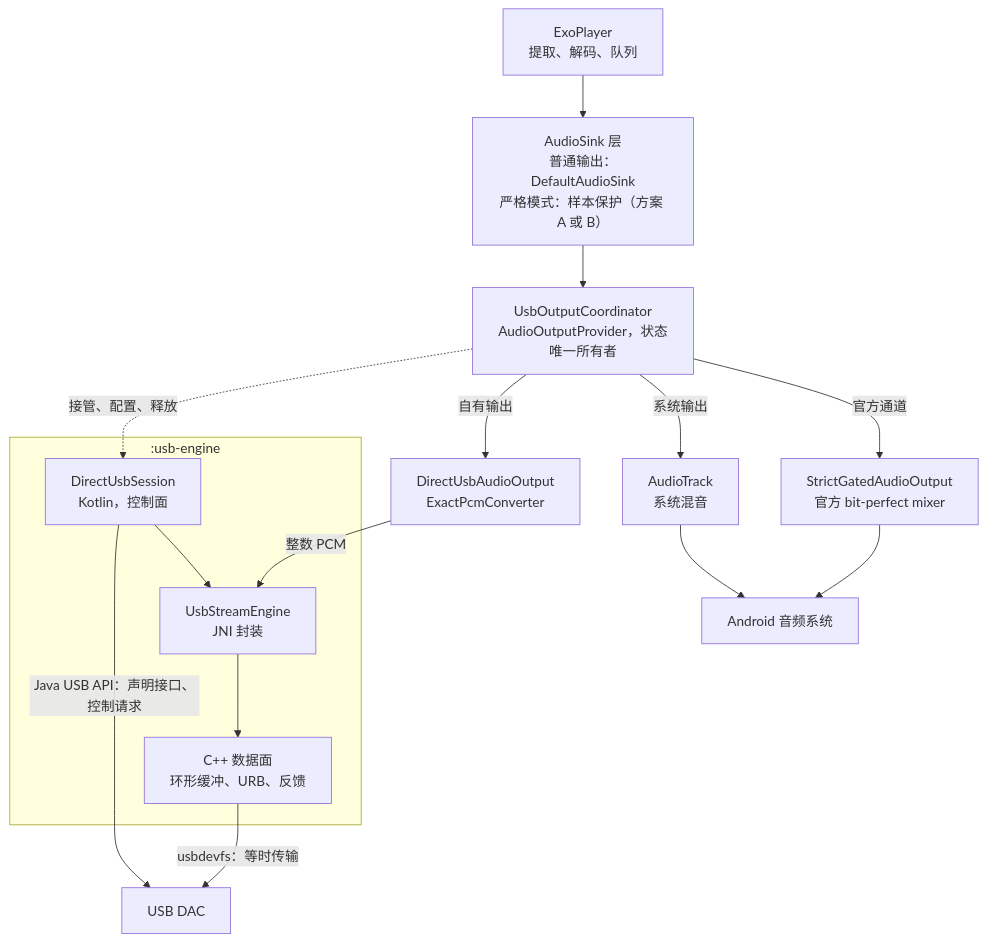
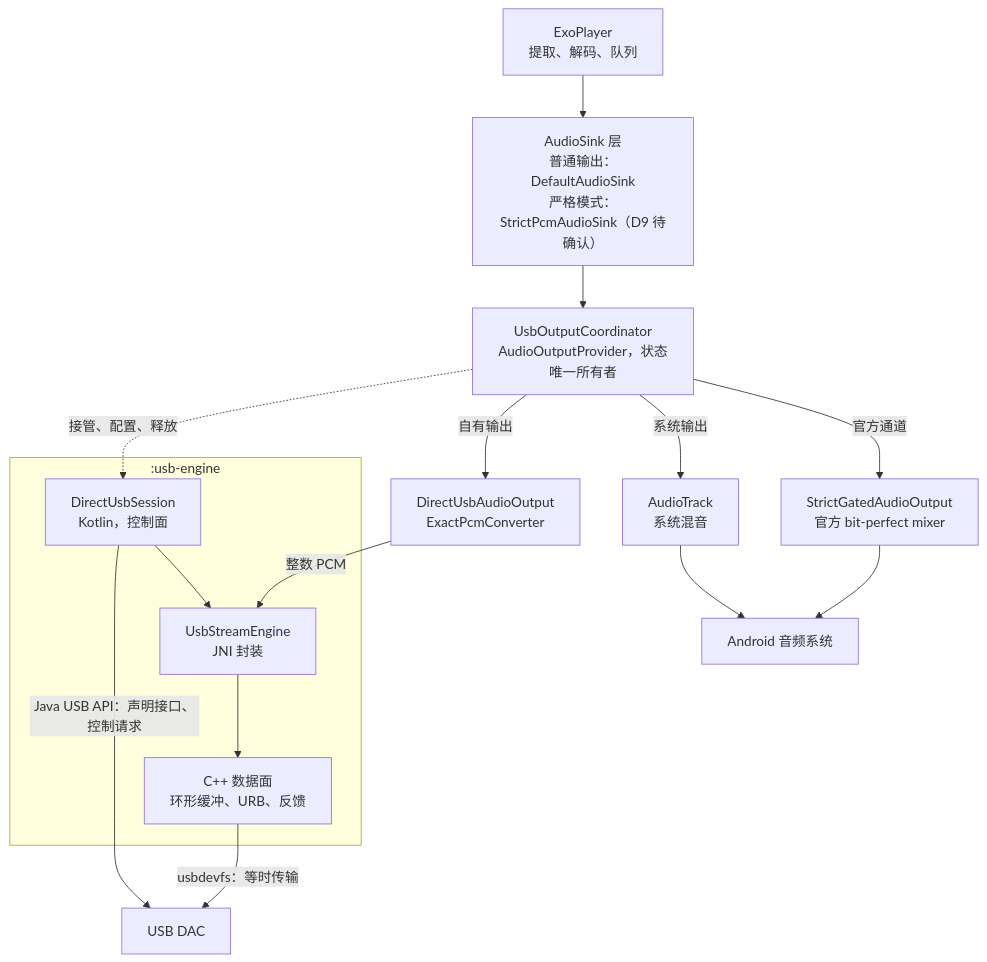
Before and after one commit to Sumire-no-kai/Vesqen: the first of 4 diagrams in docs/M7_USB_ARCHITECTURE.md, drawn with Mermaid. The commit also changed other lines of this file and 3 other files, not shown here.

First line of the commit message:
docs(m7): revise the USB architecture after the second review

````diff
--- a/docs/M7_USB_ARCHITECTURE.md
+++ b/docs/M7_USB_ARCHITECTURE.md
@@ -17,23 +17,23 @@
 ```mermaid
 flowchart TD
-    Player["ExoPlayer<br/>提取、解码、队列"] --> Guard["AudioSink 层<br/>普通输出：DefaultAudioSink<br/>严格模式：样本保护（方案 A 或 B）"]
+    Player["ExoPlayer<br/>提取、解码、队列"] --> Guard["AudioSink 层<br/>普通输出：DefaultAudioSink<br/>严格模式：StrictPcmAudioSink（D9 待确认）"]
     Guard --> Coordinator["UsbOutputCoordinator<br/>AudioOutputProvider，状态唯一所有者"]
     Coordinator -->|系统输出| Track["AudioTrack<br/>系统混音"]
     Coordinator -->|官方通道| Gated["StrictGatedAudioOutput<br/>官方 bit-perfect mixer"]
     Coordinator -->|自有输出| Direct["DirectUsbAudioOutput<br/>ExactPcmConverter"]
     Coordinator -.->|接管、配置、释放| Session
 
     subgraph Engine[":usb-engine"]
         Session["DirectUsbSession<br/>Kotlin，控制面"]
         Stream["UsbStreamEngine<br/>JNI 封装"]
         Native["C++ 数据面<br/>环形缓冲、URB、反馈"]
         Session --> Stream
         Stream --> Native
     end
 
     Direct -->|整数 PCM| Stream
     Session -->|Java USB API：声明接口、控制请求| DAC["USB DAC"]
     Native -->|usbdevfs：等时传输| DAC
     Track --> Android["Android 音频系统"]
     Gated --> Android
 ```
````
